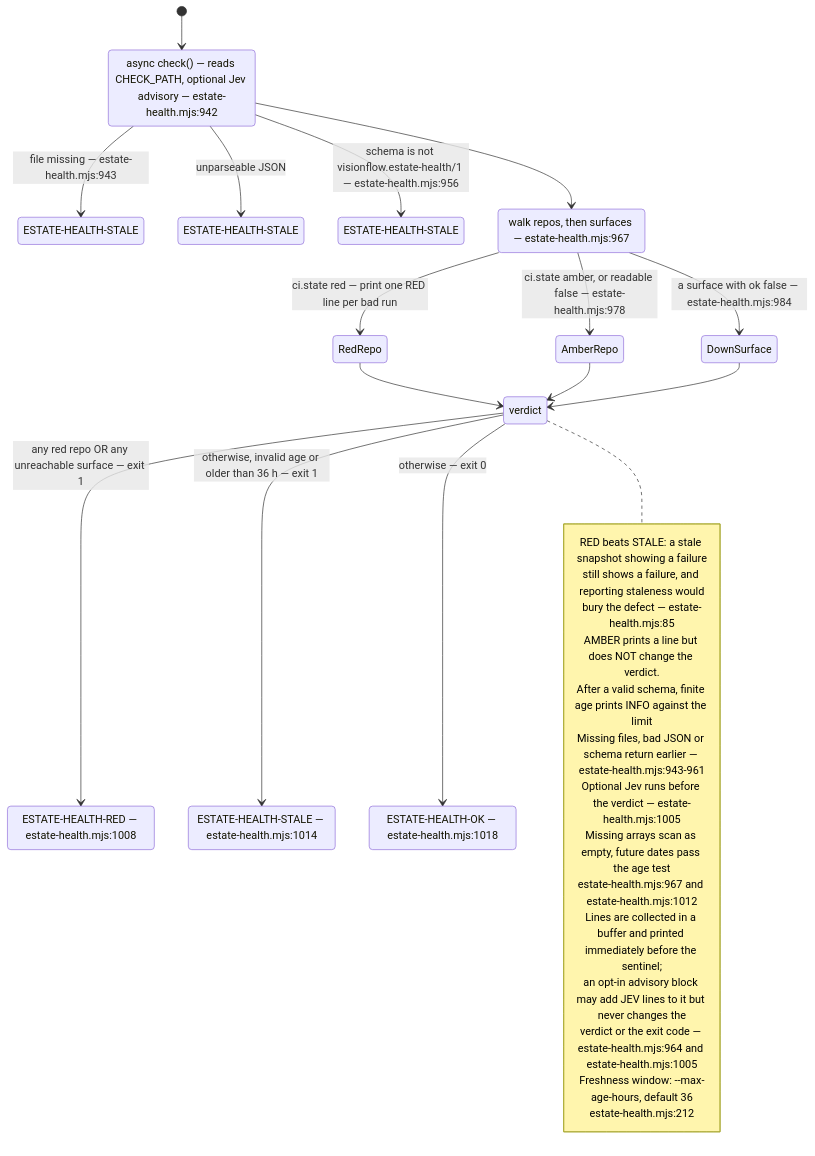
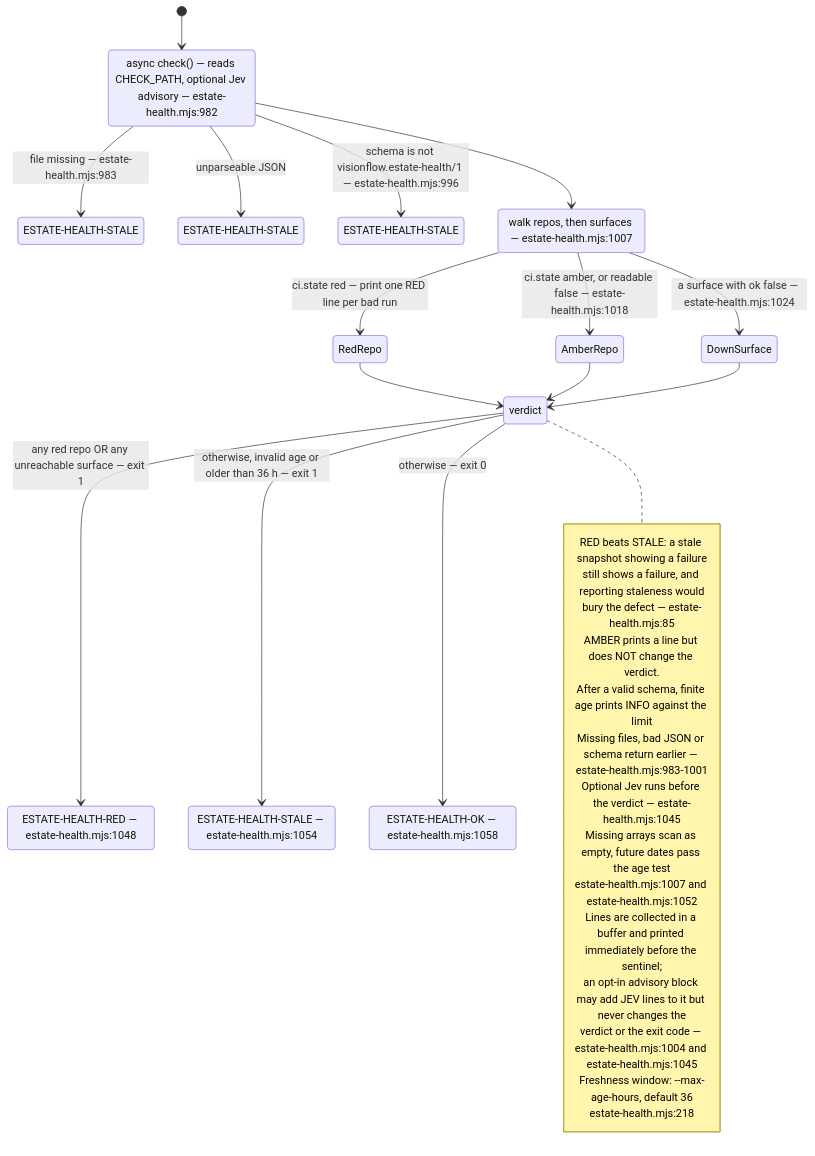
The sixth of 9 diagrams in docs/diagrams/visionflow/03-estate-health.md (DreamLab-AI/VisionFlow), drawn with Mermaid before and after one commit. The commit also changed other lines of this file and 49 other files, not shown here.

First line of the commit message:
docs(diagrams): re-derive and re-stamp VisionClaw, estate, knowledge-graph, visionGraph, VisionFlow and sidestr topics

````diff
--- a/docs/diagrams/visionflow/03-estate-health.md
+++ b/docs/diagrams/visionflow/03-estate-health.md
@@ -194,43 +197,43 @@
 ```mermaid
 stateDiagram-v2
     direction TB
     [*] --> Load
-    state "async check() — reads CHECK_PATH, optional Jev advisory — estate-health.mjs:942" as Load
-    Load --> Stale1 : file missing — estate-health.mjs:943
+    state "async check() — reads CHECK_PATH, optional Jev advisory — estate-health.mjs:982" as Load
+    Load --> Stale1 : file missing — estate-health.mjs:983
     Load --> Stale2 : unparseable JSON
-    Load --> Stale3 : schema is not visionflow.estate-health/1 — estate-health.mjs:956
+    Load --> Stale3 : schema is not visionflow.estate-health/1 — estate-health.mjs:996
     Load --> Scan
-    state "walk repos, then surfaces — estate-health.mjs:967" as Scan
+    state "walk repos, then surfaces — estate-health.mjs:1007" as Scan
     Scan --> RedRepo : ci.state red — print one RED line per bad run
-    Scan --> AmberRepo : ci.state amber, or readable false — estate-health.mjs:978
-    Scan --> DownSurface : a surface with ok false — estate-health.mjs:984
+    Scan --> AmberRepo : ci.state amber, or readable false — estate-health.mjs:1018
+    Scan --> DownSurface : a surface with ok false — estate-health.mjs:1024
     RedRepo --> Verdict
     AmberRepo --> Verdict
     DownSurface --> Verdict
     state "verdict" as Verdict
     Verdict --> RED : any red repo OR any unreachable surface — exit 1
     Verdict --> STALE : otherwise, invalid age or older than 36 h — exit 1
     Verdict --> OK : otherwise — exit 0
-    state "ESTATE-HEALTH-RED — estate-health.mjs:1008" as RED
-    state "ESTATE-HEALTH-STALE — estate-health.mjs:1014" as STALE
-    state "ESTATE-HEALTH-OK — estate-health.mjs:1018" as OK
+    state "ESTATE-HEALTH-RED — estate-health.mjs:1048" as RED
+    state "ESTATE-HEALTH-STALE — estate-health.mjs:1054" as STALE
+    state "ESTATE-HEALTH-OK — estate-health.mjs:1058" as OK
     state "ESTATE-HEALTH-STALE" as Stale1
     state "ESTATE-HEALTH-STALE" as Stale2
     state "ESTATE-HEALTH-STALE" as Stale3
     note right of Verdict
       RED beats STALE: a stale snapshot showing a failure
       still shows a failure, and reporting staleness would
       bury the defect — estate-health.mjs:85
       AMBER prints a line but does NOT change the verdict.
       After a valid schema, finite age prints INFO against the limit
-      Missing files, bad JSON or schema return earlier — estate-health.mjs:943-961
-      Optional Jev runs before the verdict — estate-health.mjs:1005
+      Missing files, bad JSON or schema return earlier — estate-health.mjs:983-1001
+      Optional Jev runs before the verdict — estate-health.mjs:1045
       Missing arrays scan as empty, future dates pass the age test
-      estate-health.mjs:967 and estate-health.mjs:1012
+      estate-health.mjs:1007 and estate-health.mjs:1052
       Lines are collected in a buffer and printed immediately before the sentinel;
       an opt-in advisory block may add JEV lines to it but never changes the
-      verdict or the exit code — estate-health.mjs:964 and estate-health.mjs:1005
+      verdict or the exit code — estate-health.mjs:1004 and estate-health.mjs:1045
       Freshness window: --max-age-hours, default 36
-      estate-health.mjs:212
+      estate-health.mjs:218
     end note
 ```
````
